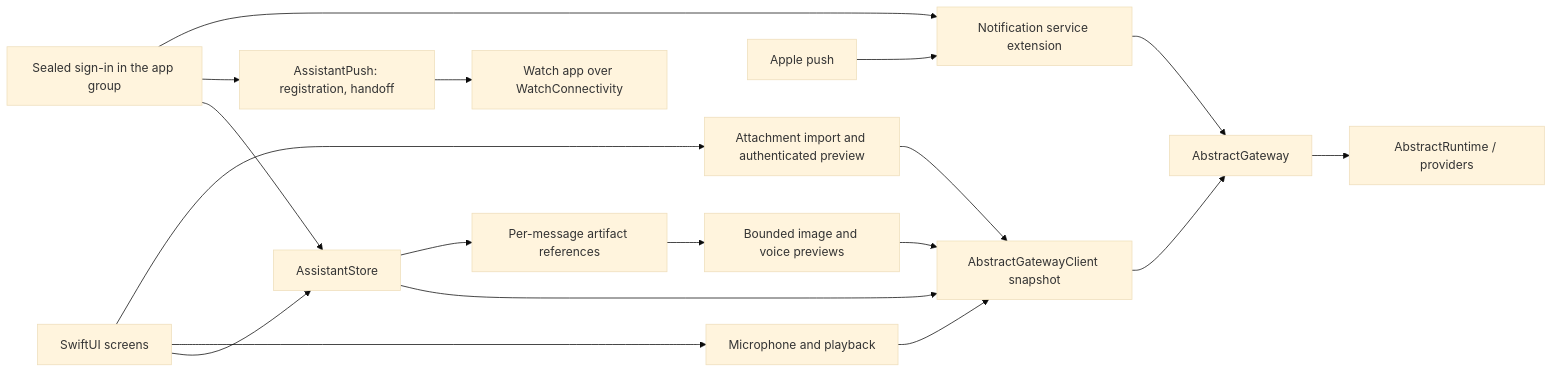
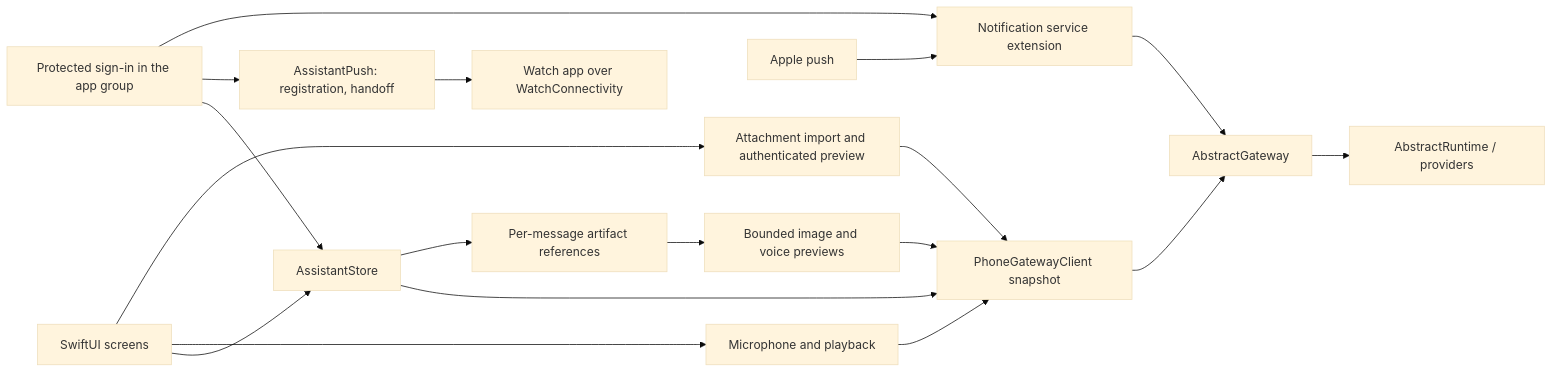
One commit to lpalbou/AbstractAssistant changed the diagram in phone/iphone/docs/architecture.md. Above: the diagram before and after it, drawn with Mermaid (base theme). The commit also changed other lines of this file and 117 other files, not shown here.

````diff
--- a/phone/iphone/docs/architecture.md
+++ b/phone/iphone/docs/architecture.md
@@ -7,20 +7,20 @@
 ```mermaid
 flowchart LR
     Views[SwiftUI screens] --> Store[AssistantStore]
     Views --> Voice[Microphone and playback]
-    Vault[Sealed sign-in in the app group] --> Store
+    Vault[Protected sign-in in the app group] --> Store
     Vault --> Push[AssistantPush: registration, handoff]
     Push --> Watch[Watch app over WatchConnectivity]
     APNs[Apple push] --> NSE[Notification service extension]
     Vault --> NSE
     NSE --> Gateway
-    Store --> Client[AbstractGatewayClient snapshot]
+    Store --> Client[PhoneGatewayClient snapshot]
     Voice --> Client
     Views --> Files[Attachment import and authenticated preview]
     Files --> Client
     Store --> Media[Per-message artifact references]
     Media --> Preview[Bounded image and voice previews]
     Preview --> Client
     Client --> Gateway[AbstractGateway]
     Gateway --> Runtime[AbstractRuntime / providers]
 ```
````
